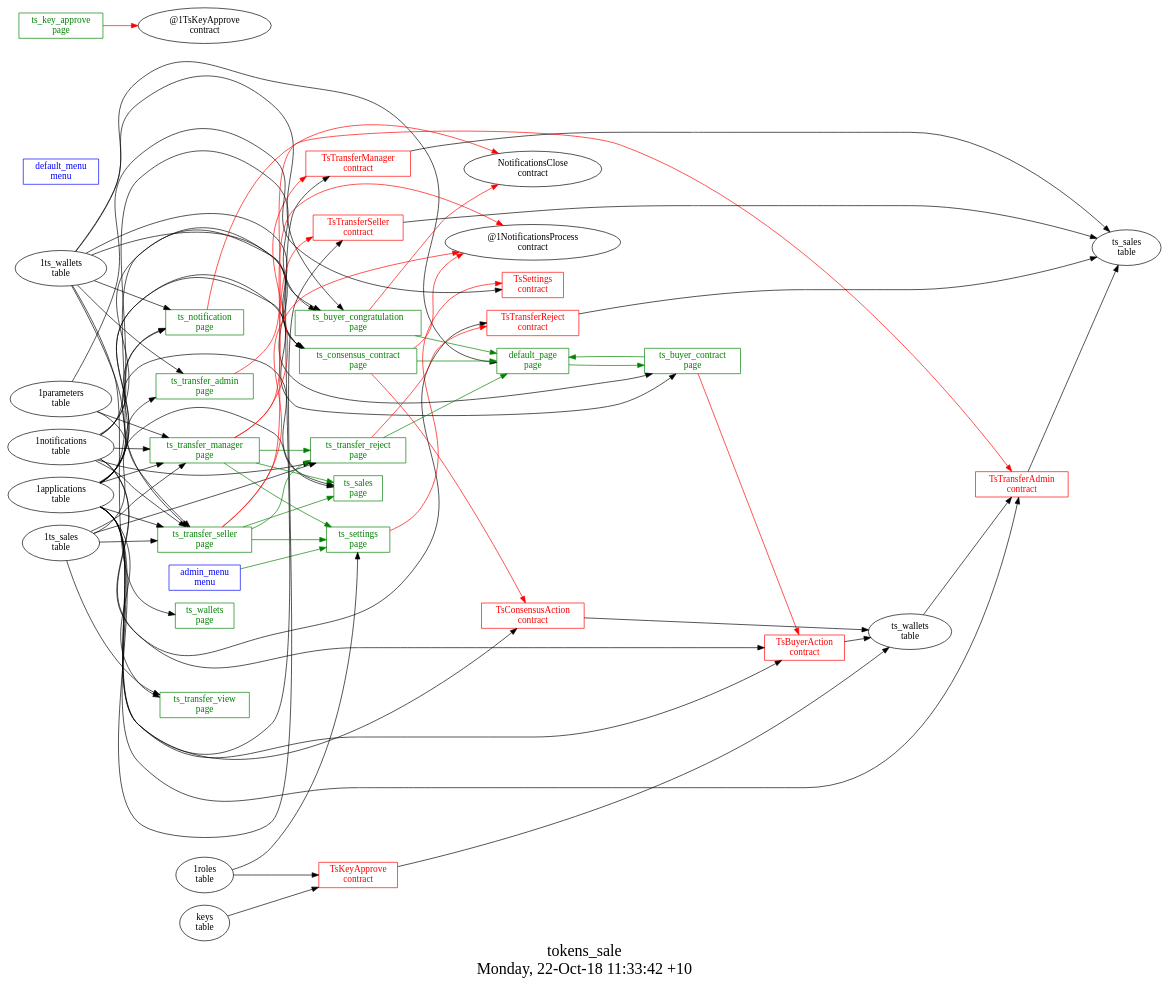
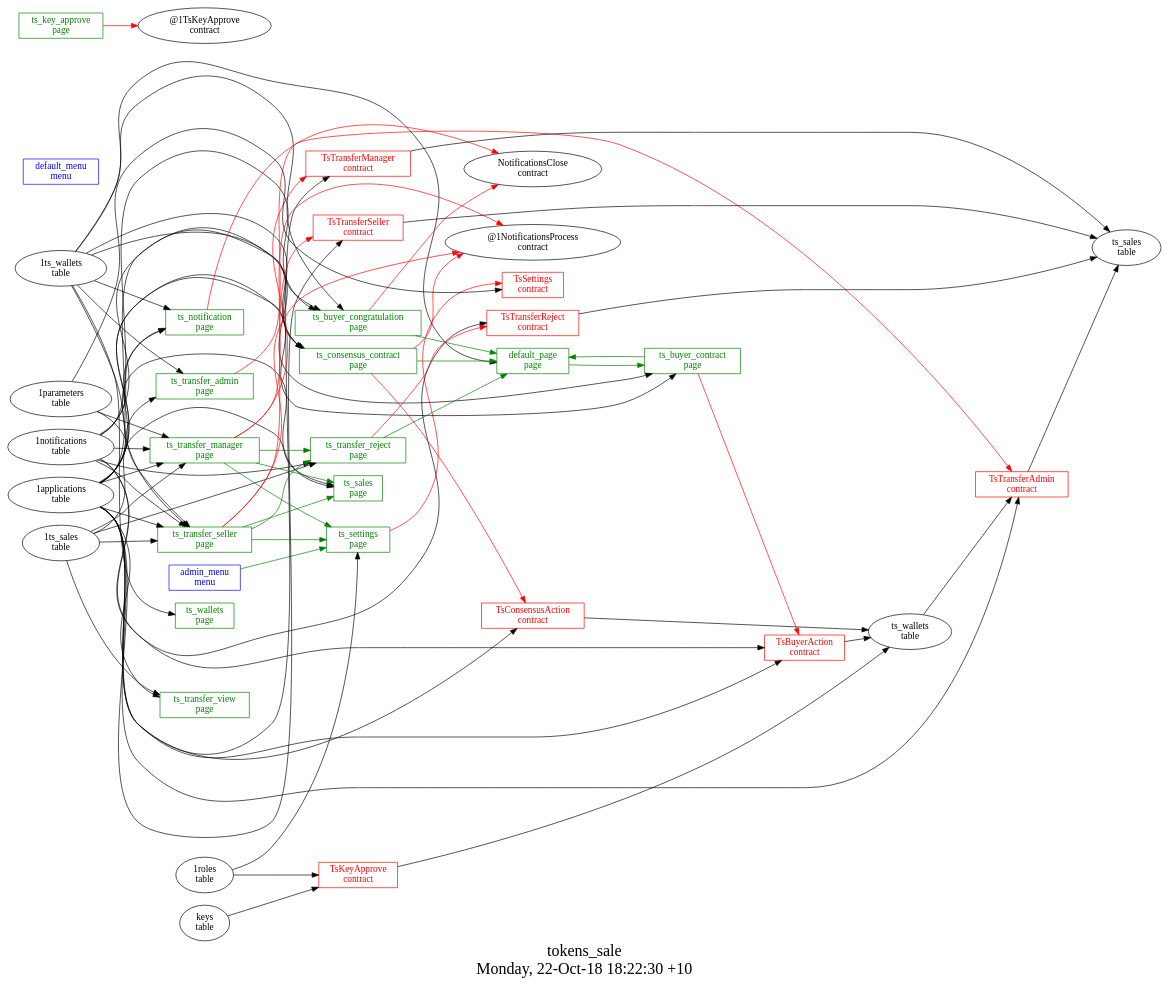
Before and after one commit to AplaProject/apps: the diagram in other/tokens_sale/struct.dot, drawn with Graphviz. The commit also changed 25 other files, not shown here.

```diff
--- a/other/tokens_sale/struct.dot
+++ b/other/tokens_sale/struct.dot
@@ -1,108 +1,108 @@
 digraph G {
 fontsize="24";
-label="tokens_sale\nMonday, 22-Oct-18 11:33:42 +10";
+label="tokens_sale\nMonday, 22-Oct-18 18:22:30 +10";
 nojustify=true;
 ordering=out;
 rankdir=LR;
 size="30";
 "admin_menu\nmenu" -> "ts_settings\npage"  [ color=green ]
 "admin_menu\nmenu" [color=blue, fontcolor=blue, group=menus, shape=record];
 "default_menu\nmenu" [color=blue, fontcolor=blue, group=menus, shape=record];
 "1ts_wallets\ntable" -> "default_page\npage"
 "default_page\npage" -> "ts_buyer_contract\npage"  [ color=green ]
 "default_page\npage" [color=green, fontcolor=green, group=pages, shape=record];
 "ts_buyer_congratulation\npage" -> "NotificationsClose\ncontract"  [ color=red ]
 "1applications\ntable" -> "ts_buyer_congratulation\npage"
 "1notifications\ntable" -> "ts_buyer_congratulation\npage"
 "1ts_wallets\ntable" -> "ts_buyer_congratulation\npage"
 "ts_buyer_congratulation\npage" -> "default_page\npage"  [ color=green ]
 "ts_buyer_congratulation\npage" [color=green, fontcolor=green, group=pages, shape=record];
 "ts_buyer_contract\npage" -> "TsBuyerAction\ncontract"  [ color=red ]
 "1applications\ntable" -> "ts_buyer_contract\npage"
 "1ts_wallets\ntable" -> "ts_buyer_contract\npage"
 "ts_buyer_contract\npage" -> "default_page\npage"  [ color=green ]
 "ts_buyer_contract\npage" [color=green, fontcolor=green, group=pages, shape=record];
 "ts_consensus_contract\npage" -> "TsConsensusAction\ncontract"  [ color=red ]
 "ts_consensus_contract\npage" -> "@1NotificationsProcess\ncontract"  [ color=red ]
 "1applications\ntable" -> "ts_consensus_contract\npage"
 "1notifications\ntable" -> "ts_consensus_contract\npage"
 "1ts_wallets\ntable" -> "ts_consensus_contract\npage"
 "ts_consensus_contract\npage" -> "default_page\npage"  [ color=green ]
 "ts_consensus_contract\npage" [color=green, fontcolor=green, group=pages, shape=record];
 "ts_key_approve\npage" -> "@1TsKeyApprove\ncontract"  [ color=red ]
 "ts_key_approve\npage" [color=green, fontcolor=green, group=pages, shape=record];
 "ts_notification\npage" -> "NotificationsClose\ncontract"  [ color=red ]
 "1applications\ntable" -> "ts_notification\npage"
 "1notifications\ntable" -> "ts_notification\npage"
 "1ts_wallets\ntable" -> "ts_notification\npage"
 "ts_notification\npage" [color=green, fontcolor=green, group=pages, shape=record];
 "1applications\ntable" -> "ts_sales\npage"
 "1ts_sales\ntable" -> "ts_sales\npage"
 "ts_sales\npage" [color=green, fontcolor=green, group=pages, shape=record];
 "ts_settings\npage" -> "TsSettings\ncontract"  [ color=red ]
 "1roles\ntable" -> "ts_settings\npage"
 "ts_settings\npage" [color=green, fontcolor=green, group=pages, shape=record];
 "ts_transfer_admin\npage" -> "TsTransferAdmin\ncontract"  [ color=red ]
 "1applications\ntable" -> "ts_transfer_admin\npage"
 "1ts_wallets\ntable" -> "ts_transfer_admin\npage"
 "ts_transfer_admin\npage" [color=green, fontcolor=green, group=pages, shape=record];
 "ts_transfer_manager\npage" -> "TsTransferManager\ncontract"  [ color=red ]
 "ts_transfer_manager\npage" -> "@1NotificationsProcess\ncontract"  [ color=red ]
 "1applications\ntable" -> "ts_transfer_manager\npage"
 "1notifications\ntable" -> "ts_transfer_manager\npage"
 "1ts_sales\ntable" -> "ts_transfer_manager\npage"
 "1parameters\ntable" -> "ts_transfer_manager\npage"
 "ts_transfer_manager\npage" -> "ts_transfer_reject\npage"  [ color=green ]
 "ts_transfer_manager\npage" -> "ts_sales\npage"  [ color=green ]
 "ts_transfer_manager\npage" -> "ts_settings\npage"  [ color=green ]
 "ts_transfer_manager\npage" [color=green, fontcolor=green, group=pages, shape=record];
 "ts_transfer_reject\npage" -> "TsTransferReject\ncontract"  [ color=red ]
 "1notifications\ntable" -> "ts_transfer_reject\npage"
 "1ts_sales\ntable" -> "ts_transfer_reject\npage"
 "ts_transfer_reject\npage" -> "default_page\npage"  [ color=green ]
 "ts_transfer_reject\npage" [color=green, fontcolor=green, group=pages, shape=record];
 "ts_transfer_seller\npage" -> "TsTransferSeller\ncontract"  [ color=red ]
 "ts_transfer_seller\npage" -> "@1NotificationsProcess\ncontract"  [ color=red ]
 "1applications\ntable" -> "ts_transfer_seller\npage"
 "1notifications\ntable" -> "ts_transfer_seller\npage"
 "1ts_sales\ntable" -> "ts_transfer_seller\npage"
 "1ts_wallets\ntable" -> "ts_transfer_seller\npage"
 "1parameters\ntable" -> "ts_transfer_seller\npage"
 "ts_transfer_seller\npage" -> "ts_transfer_reject\npage"  [ color=green ]
 "ts_transfer_seller\npage" -> "ts_sales\npage"  [ color=green ]
 "ts_transfer_seller\npage" -> "ts_settings\npage"  [ color=green ]
 "ts_transfer_seller\npage" [color=green, fontcolor=green, group=pages, shape=record];
 "1applications\ntable" -> "ts_transfer_view\npage"
 "1ts_sales\ntable" -> "ts_transfer_view\npage"
 "ts_transfer_view\npage" [color=green, fontcolor=green, group=pages, shape=record];
 "1ts_wallets\ntable" -> "ts_wallets\npage"
 "ts_wallets\npage" [color=green, fontcolor=green, group=pages, shape=record];
 "TsBuyerAction\ncontract" -> "ts_wallets\ntable"  [ color="" ]
 "1applications\ntable" -> "TsBuyerAction\ncontract"
 "1notifications\ntable" -> "TsBuyerAction\ncontract"
 "TsBuyerAction\ncontract" [color=red, fontcolor=red, group=contracts, shape=record];
 "TsConsensusAction\ncontract" -> "ts_wallets\ntable"  [ color="" ]
 "1applications\ntable" -> "TsConsensusAction\ncontract"
 "TsConsensusAction\ncontract" [color=red, fontcolor=red, group=contracts, shape=record];
 "TsKeyApprove\ncontract" -> "ts_wallets\ntable"  [ color="" ]
 "keys\ntable" -> "TsKeyApprove\ncontract"
 "1roles\ntable" -> "TsKeyApprove\ncontract"
 "TsKeyApprove\ncontract" [color=red, fontcolor=red, group=contracts, shape=record];
 "1parameters\ntable" -> "TsSettings\ncontract"
 "TsSettings\ncontract" [color=red, fontcolor=red, group=contracts, shape=record];
 "TsTransferAdmin\ncontract" -> "ts_sales\ntable"  [ color="" ]
 "1applications\ntable" -> "TsTransferAdmin\ncontract"
 "ts_wallets\ntable" -> "TsTransferAdmin\ncontract"
 "TsTransferAdmin\ncontract" [color=red, fontcolor=red, group=contracts, shape=record];
 "TsTransferManager\ncontract" -> "ts_sales\ntable"  [ color="" ]
 "1applications\ntable" -> "TsTransferManager\ncontract"
 "TsTransferManager\ncontract" [color=red, fontcolor=red, group=contracts, shape=record];
 "TsTransferReject\ncontract" -> "ts_sales\ntable"  [ color="" ]
 "1notifications\ntable" -> "TsTransferReject\ncontract"
 "TsTransferReject\ncontract" [color=red, fontcolor=red, group=contracts, shape=record];
 "TsTransferSeller\ncontract" -> "ts_sales\ntable"  [ color="" ]
 "1applications\ntable" -> "TsTransferSeller\ncontract"
 "TsTransferSeller\ncontract" [color=red, fontcolor=red, group=contracts, shape=record];
 "ts_sales\ntable" [color="", fontcolor="", group=tables, shape=""];
 "ts_wallets\ntable" [color="", fontcolor="", group=tables, shape=""];
 }
```
